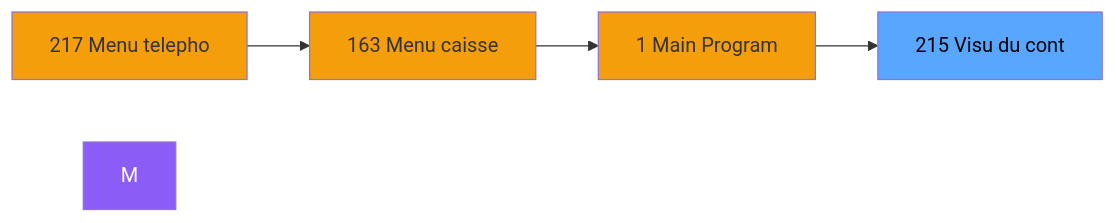
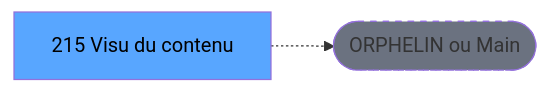
Before and after one commit to thonyAGP/lecteur-magic: the second of 3 diagrams in .openspec/renders/ADH-IDE-215.md, drawn with Mermaid. The commit also changed other lines of this file and 701 other files, not shown here.

````diff
--- a/.openspec/renders/ADH-IDE-215.md
+++ b/.openspec/renders/ADH-IDE-215.md
@@ -119,15 +118,8 @@
 ```mermaid
 graph LR
-    N217[217 Menu telepho]
-    N163[163 Menu caisse ]
-    N1[1 Main Program]
-    T[215 Visu du cont]
-    N217 --> N163
-    N163 --> N1
-    N1 --> T
-    style M fill:#8b5cf6,color:#fff
-    style N217 fill:#f59e0b
-    style N163 fill:#f59e0b
-    style N1 fill:#f59e0b
+    T[215 Visu du contenu]
+    ORPHAN([ORPHELIN ou Main])
+    T -.-> ORPHAN
     style T fill:#58a6ff,color:#000
+    style ORPHAN fill:#6b7280,stroke-dasharray: 5 5
 ```
````
